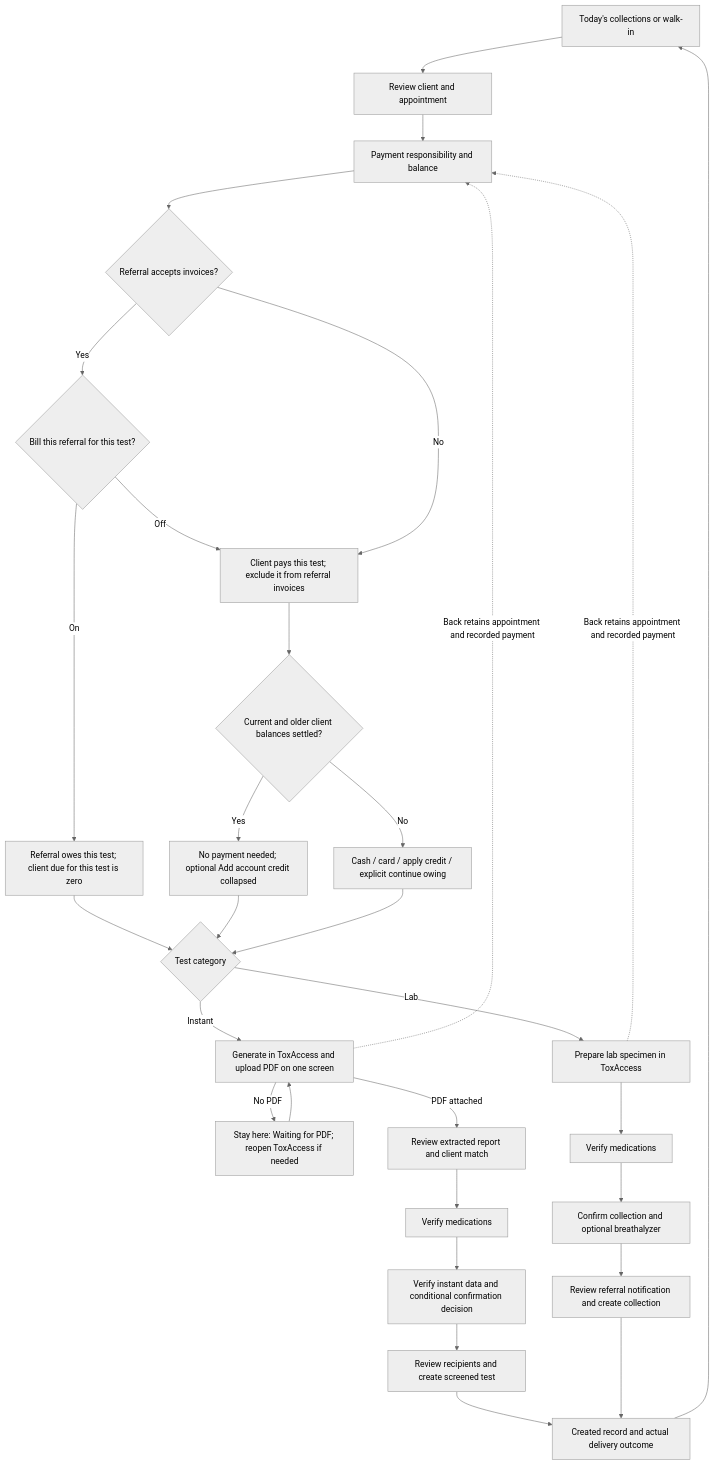
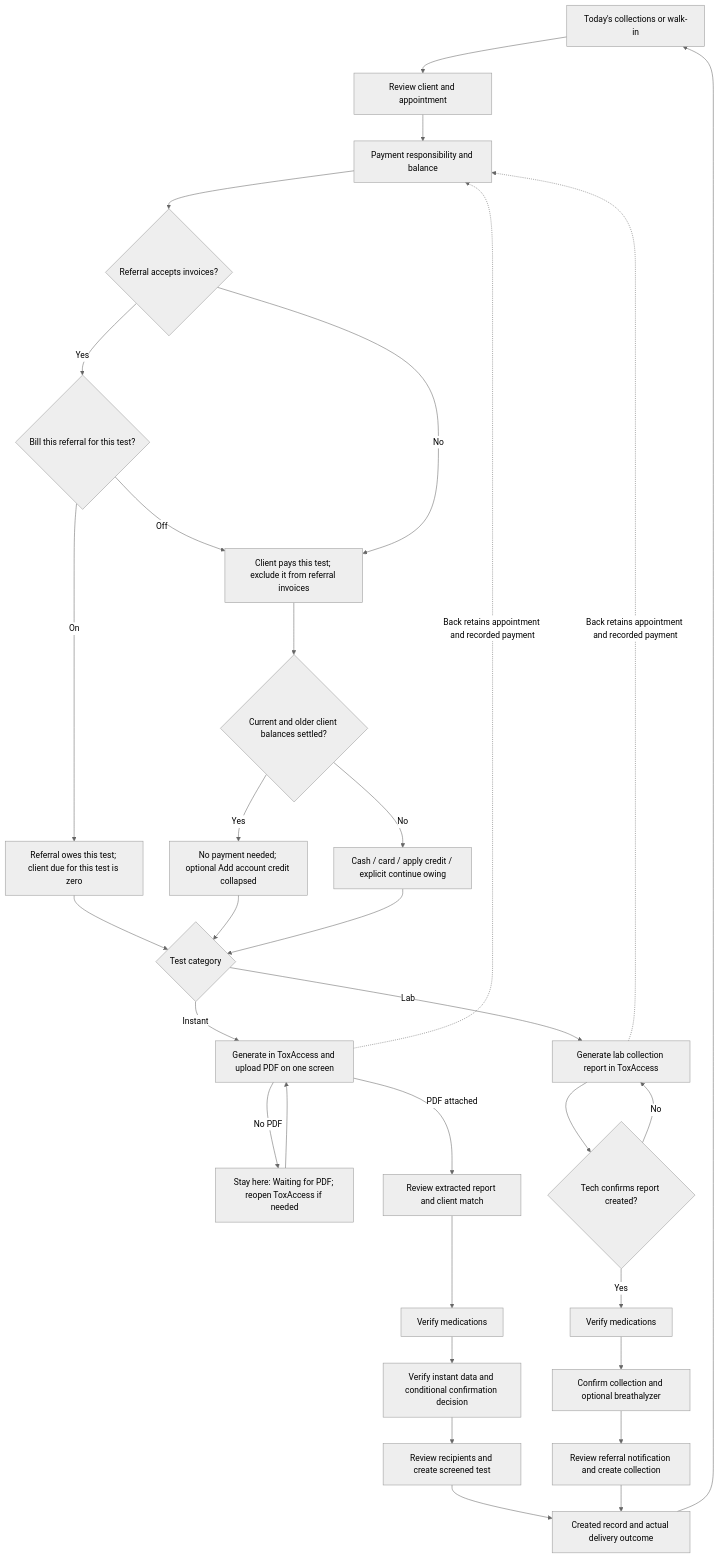
One commit to mikecebul/drug-test-mi changed the second of 2 diagrams in plans/guided-collection-review/README.md. Above: the diagram before and after it, drawn with Mermaid (neutral theme). The commit also changed other lines of this file and 7 other files, not shown here.

First line of the commit message:
Require lab report preparation and fix local confirmation queries

````diff
--- a/plans/guided-collection-review/README.md
+++ b/plans/guided-collection-review/README.md
@@ -87,32 +89,34 @@
 ```mermaid
 flowchart TD
     S[Today's collections or walk-in] --> C[Review client and appointment]
     C --> P[Payment responsibility and balance]
     P --> EL{Referral accepts invoices?}
     EL -- Yes --> SW{Bill this referral for this test?}
     SW -- On --> RP[Referral owes this test; client due for this test is zero]
     SW -- Off --> CLIENT[Client pays this test; exclude it from referral invoices]
     EL -- No --> CLIENT
     CLIENT --> DUE{Current and older client balances settled?}
     DUE -- Yes --> PAID[No payment needed; optional Add account credit collapsed]
     DUE -- No --> PAY[Cash / card / apply credit / explicit continue owing]
     RP --> CAT{Test category}
     PAID --> CAT
     PAY --> CAT
     CAT -- Instant --> GEN[Generate in ToxAccess and upload PDF on one screen]
     GEN -- No PDF --> WAIT[Stay here: Waiting for PDF; reopen ToxAccess if needed]
     WAIT --> GEN
     GEN -- PDF attached --> EX[Review extracted report and client match]
     EX --> IM[Verify medications]
     IM --> IV[Verify instant data and conditional confirmation decision]
     IV --> IE[Review recipients and create screened test]
-    CAT -- Lab --> LP[Prepare lab specimen in ToxAccess]
-    LP --> LM[Verify medications]
+    CAT -- Lab --> LP[Generate lab collection report in ToxAccess]
+    LP --> LACK{Tech confirms report created?}
+    LACK -- No --> LP
+    LACK -- Yes --> LM[Verify medications]
     LM --> LC[Confirm collection and optional breathalyzer]
     LC --> LE[Review referral notification and create collection]
     IE --> DONE[Created record and actual delivery outcome]
     LE --> DONE
     DONE --> S
     GEN -. Back retains appointment and recorded payment .-> P
     LP -. Back retains appointment and recorded payment .-> P
 ```
````
